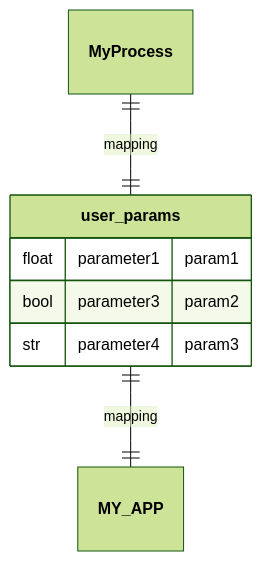
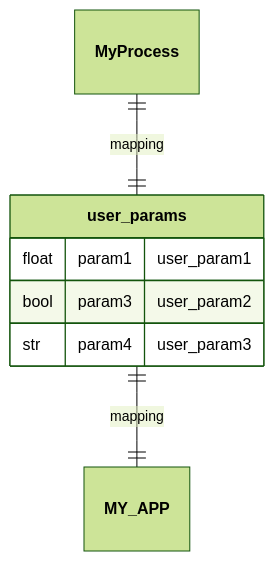
Before and after one commit to nuremics/nuremics: the fifth of 9 diagrams in README.md, drawn with Mermaid (forest theme). The commit also changed other lines of this file, not shown here.

````diff
--- a/README.md
+++ b/README.md
@@ -173,11 +173,11 @@
 ```mermaid
 erDiagram
   **MyProcess** ||--|| **user_params** : mapping
   **user_params** ||--|| **MY_APP** : mapping
 
   **user_params** {
-    float parameter1 "param1"
-    bool parameter3 "param2"
-    str parameter4 "param3"
+    float param1 "user_param1"
+    bool param3 "user_param2"
+    str param4 "user_param3"
   }
 ```
````
